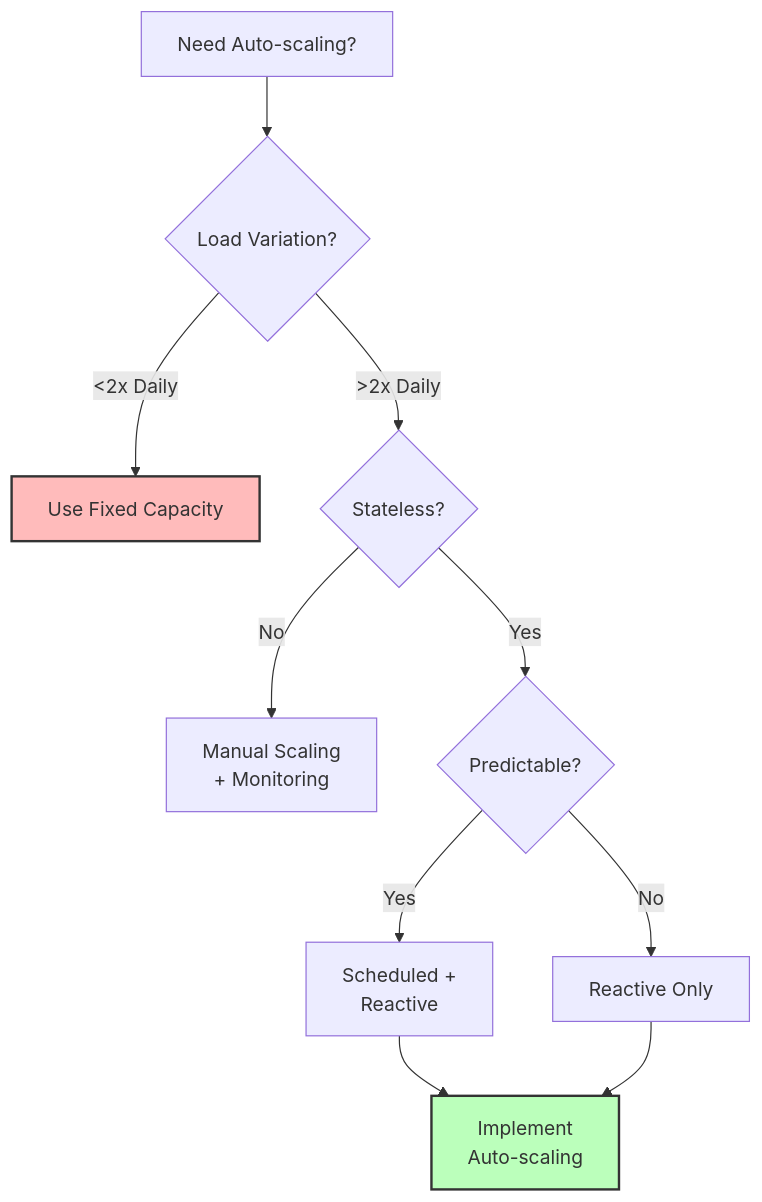
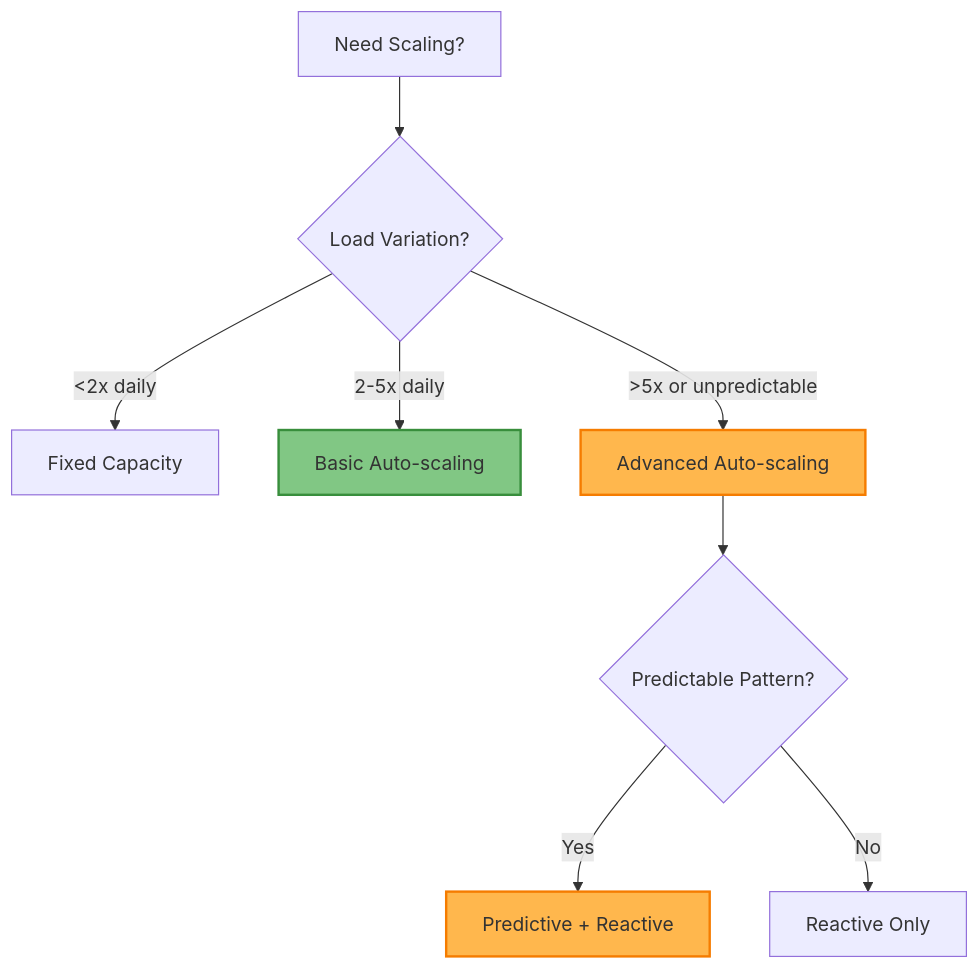
One commit to deepaucksharma/DStudio changed the sixth of 6 diagrams in docs/pattern-library/scaling/auto-scaling.md. Above: the diagram before and after it, drawn with Mermaid. The commit also changed other lines of this file and 23 other files, not shown here.

````diff
--- a/docs/pattern-library/scaling/auto-scaling.md
+++ b/docs/pattern-library/scaling/auto-scaling.md
@@ -305,18 +330,17 @@
 ```mermaid
 graph TD
-    START[Need Auto-scaling?] --> VAR{Load Variation?}
-    VAR -->|<2x Daily| NO[Use Fixed Capacity]
-    VAR -->|>2x Daily| STATE{Stateless?}
+    A[Need Scaling?] --> B{Load Variation?}
+    B -->|<2x daily| C[Fixed Capacity]
+    B -->|2-5x daily| D[Basic Auto-scaling]
+    B -->|>5x or unpredictable| E[Advanced Auto-scaling]
     
-    STATE -->|No| MANUAL[Manual Scaling<br/>+ Monitoring]
-    STATE -->|Yes| PRED{Predictable?}
+    E --> F{Predictable Pattern?}
+    F -->|Yes| G[Predictive + Reactive]
+    F -->|No| H[Reactive Only]
     
-    PRED -->|Yes| HYBRID[Scheduled +<br/>Reactive]
-    PRED -->|No| REACT[Reactive Only]
+    classDef recommended fill:#81c784,stroke:#388e3c,stroke-width:2px
+    classDef caution fill:#ffb74d,stroke:#f57c00,stroke-width:2px
     
-    HYBRID --> IMPL[Implement<br/>Auto-scaling]
-    REACT --> IMPL
-    
-    style NO fill:#fbb,stroke:#333,stroke-width:2px
-    style IMPL fill:#bfb,stroke:#333,stroke-width:2px
+    class D recommended
+    class E,G caution
 ```
````
